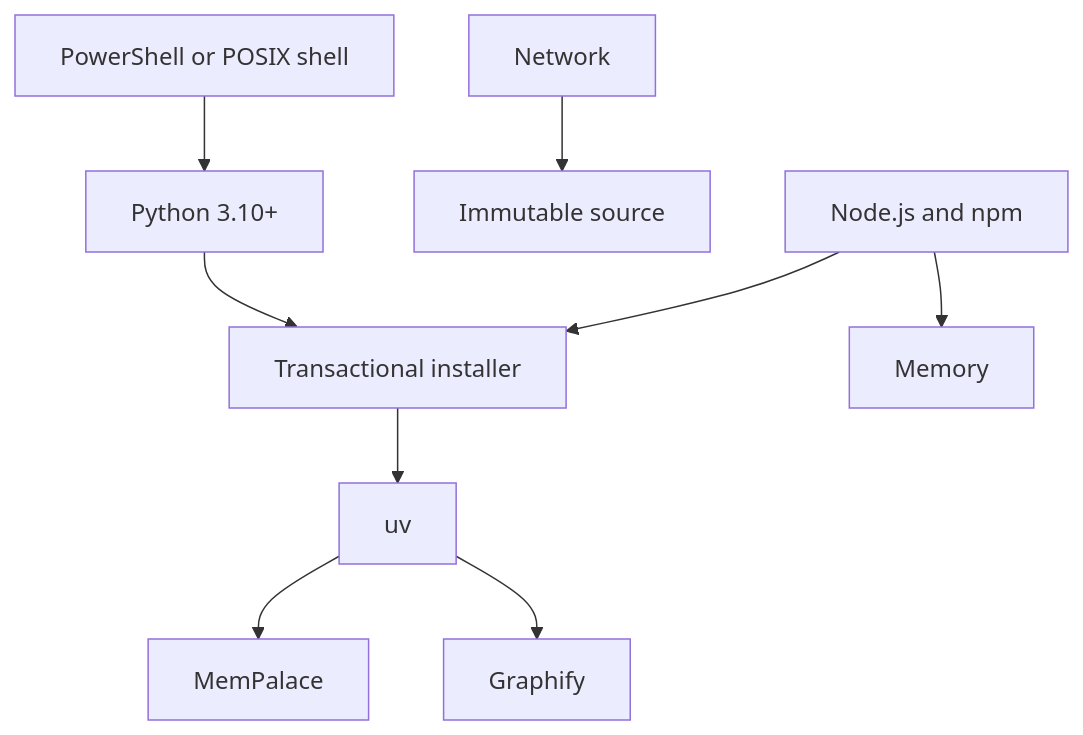
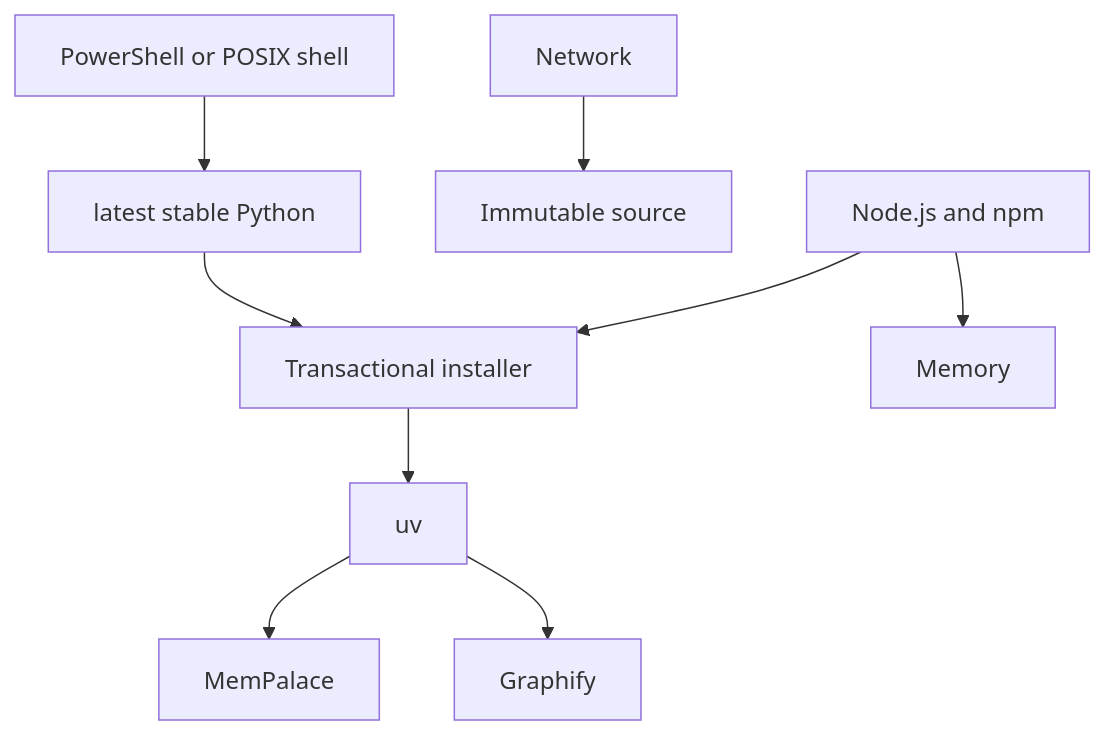
The fourth of 13 diagrams in chaos-engine/README.md (ShaftHQ/SHAFT_ENGINE), drawn with Mermaid before and after one commit. The commit also changed other lines of this file and 9 other files, not shown here.

Commit message:
feat(agent): adopt latest stable account tooling

````diff
--- a/chaos-engine/README.md
+++ b/chaos-engine/README.md
@@ -405,13 +407,13 @@
 ```mermaid
 flowchart TD
     accTitle: Prerequisite and dependency topology
     accDescr: Required platform tools feed the standard-library installer and one immutable dependency generation.
-    Shell[PowerShell or POSIX shell] --> Python[Python 3.10+]
+    Shell[PowerShell or POSIX shell] --> Python[latest stable Python]
     Network[Network] --> Bootstrap[Immutable source]
     Python --> Installer[Transactional installer]
     Node[Node.js and npm] --> Installer
     Installer --> UV[uv]
     UV --> MemPalace[MemPalace]
     UV --> Graphify[Graphify]
     Node --> Memory[Memory]
 ```
````
